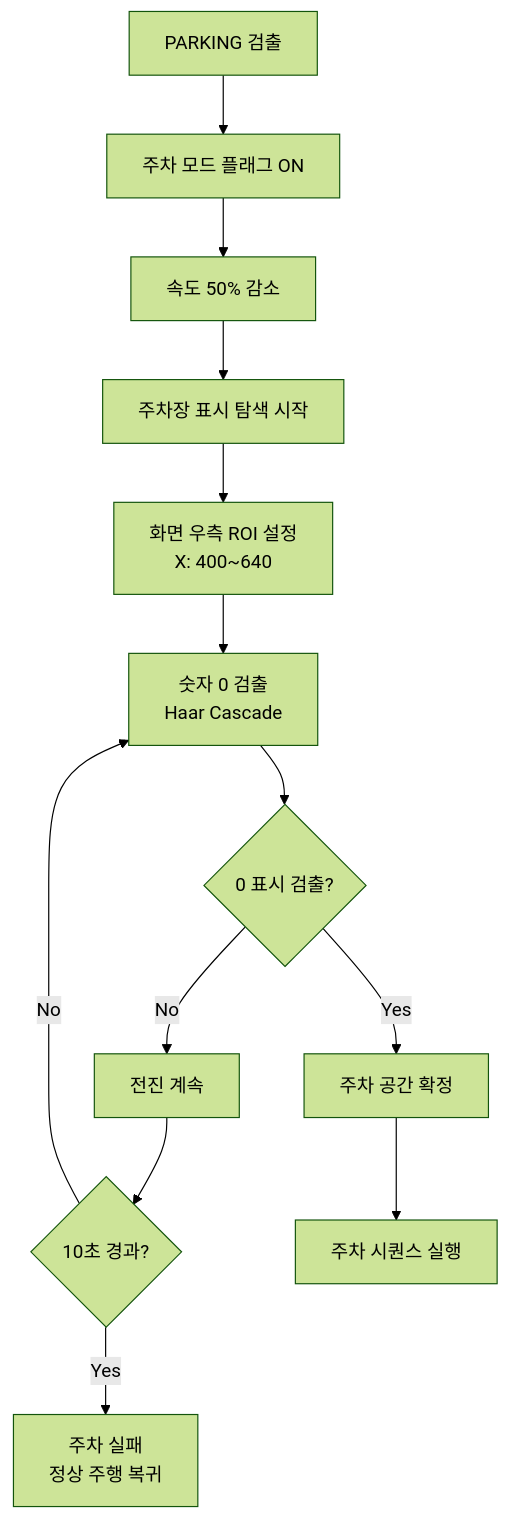
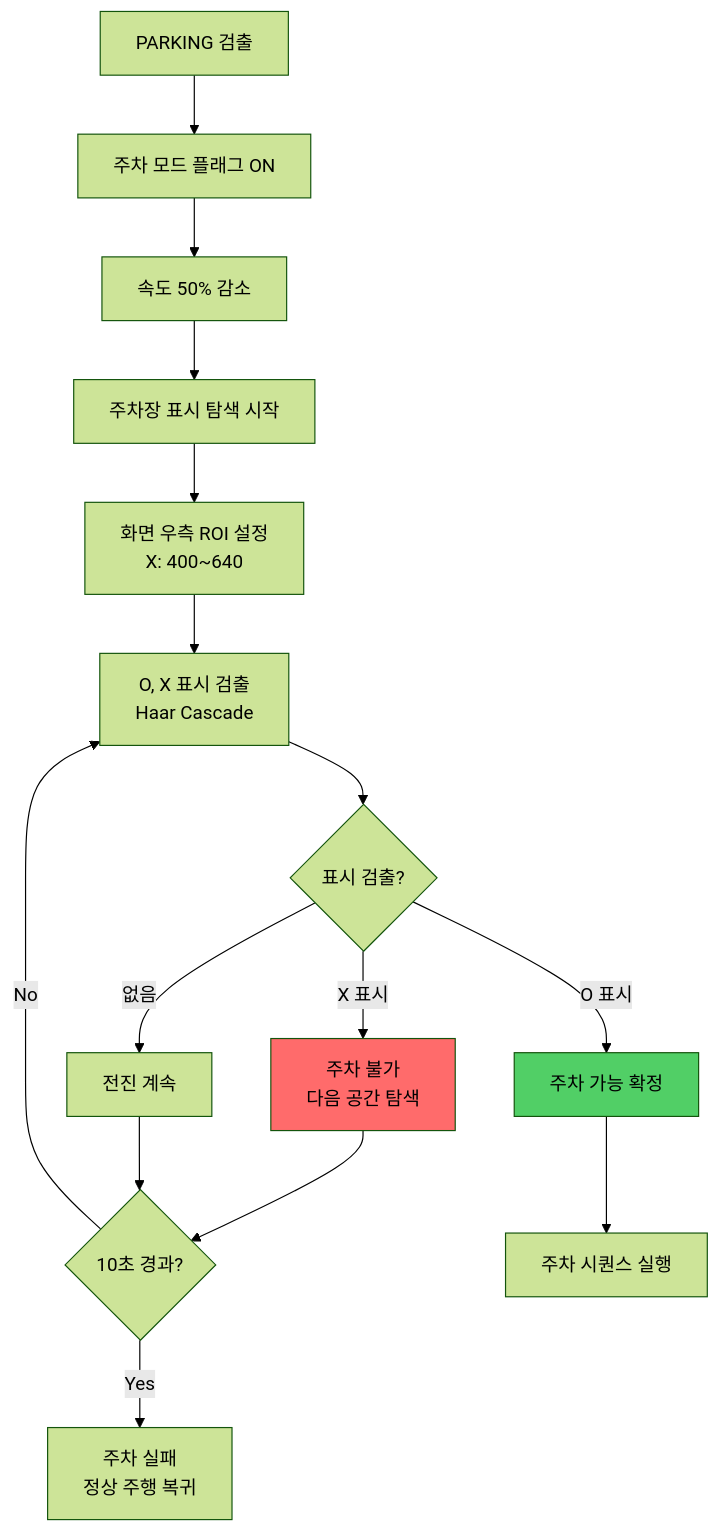
Diagram 16 of 45 in 06_final_self_driving/_1단계_요구사항_분석.md (Collegenie-X/Raspbot-v2-self-driving-car), drawn with Mermaid (forest theme) before and after one commit. The commit also changed other lines of this file and 7 other files, not shown here.

````diff
--- a/06_final_self_driving/_1단계_요구사항_분석.md
+++ b/06_final_self_driving/_1단계_요구사항_분석.md
@@ -630,19 +630,24 @@
 ```mermaid
 flowchart TD
     A[PARKING 검출] --> B[주차 모드 플래그 ON]
     B --> C[속도 50% 감소]
     C --> D[주차장 표시 탐색 시작]
     
     D --> E[화면 우측 ROI 설정<br/>X: 400~640]
-    E --> F[숫자 0 검출<br/>Haar Cascade]
+    E --> F[O, X 표시 검출<br/>Haar Cascade]
     
-    F --> G{0 표시 검출?}
-    G -->|No| H[전진 계속]
-    G -->|Yes| I[주차 공간 확정]
+    F --> G{표시 검출?}
+    G -->|X 표시| H[주차 불가<br/>다음 공간 탐색]
+    G -->|O 표시| I[주차 가능 확정]
+    G -->|없음| J[전진 계속]
     
-    H --> J{10초 경과?}
-    J -->|No| F
-    J -->|Yes| K[주차 실패<br/>정상 주행 복귀]
+    H --> K{10초 경과?}
+    J --> K
+    K -->|No| F
+    K -->|Yes| L[주차 실패<br/>정상 주행 복귀]
     
-    I --> L[주차 시퀀스 실행]
+    I --> M[주차 시퀀스 실행]
+    
+    style H fill:#ff6b6b
+    style I fill:#51cf66
 ```
````
